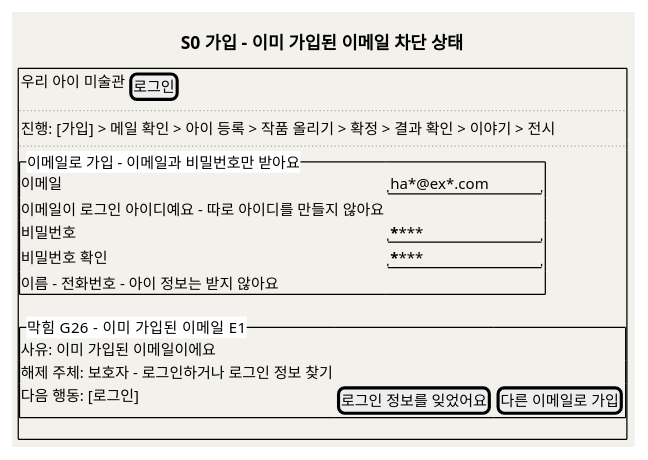
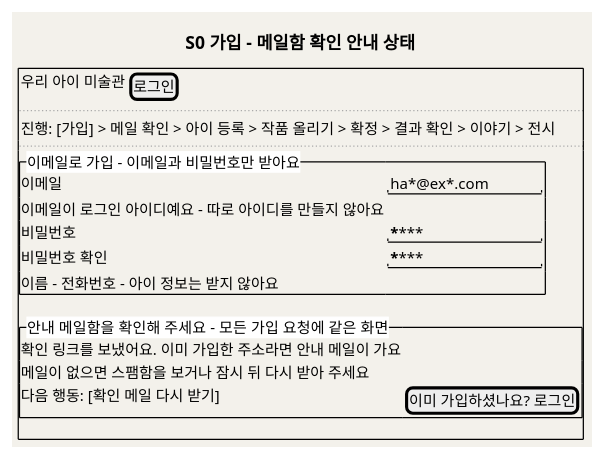
One commit to kids-gallery/uri-gallery changed the sixth of 18 diagrams in design/SD_02_UIUX설계서_우리아이미술관.md. Above: the diagram before and after it, drawn with PlantUML. The commit also changed other lines of this file and 10 other files, not shown here.

````diff
--- a/design/SD_02_UIUX설계서_우리아이미술관.md
+++ b/design/SD_02_UIUX설계서_우리아이미술관.md
@@ -398,25 +398,25 @@
 ```plantuml
 @startuml
 skinparam backgroundColor #F3F1EB
-title S0 가입 - 이미 가입된 이메일 차단 상태
+title S0 가입 - 메일함 확인 안내 상태
 salt
 {+
 { 우리 아이 미술관 | [로그인] }
 ..
 { 진행: [가입] > 메일 확인 > 아이 등록 > 작품 올리기 > 확정 > 결과 확인 > 이야기 > 전시 }
 ..
 {^"이메일로 가입 - 이메일과 비밀번호만 받아요"
   이메일 | "ha*@ex*.com    "
   이메일이 로그인 아이디예요 - 따로 아이디를 만들지 않아요
   비밀번호 | "********       "
   비밀번호 확인 | "********       "
   이름 - 전화번호 - 아이 정보는 받지 않아요
 }
-{^"막힘  G26 - 이미 가입된 이메일  E1"
-  사유: 이미 가입된 이메일이에요
-  해제 주체: 보호자 - 로그인하거나 로그인 정보 찾기
-  다음 행동: [로그인] | [로그인 정보를 잊었어요] | [다른 이메일로 가입]
+{^"안내  메일함을 확인해 주세요 - 모든 가입 요청에 같은 화면"
+  확인 링크를 보냈어요. 이미 가입한 주소라면 안내 메일이 가요
+  메일이 없으면 스팸함을 보거나 잠시 뒤 다시 받아 주세요
+  다음 행동: [확인 메일 다시 받기] | [이미 가입하셨나요? 로그인]
 }
 }
 @enduml
 ```
````
